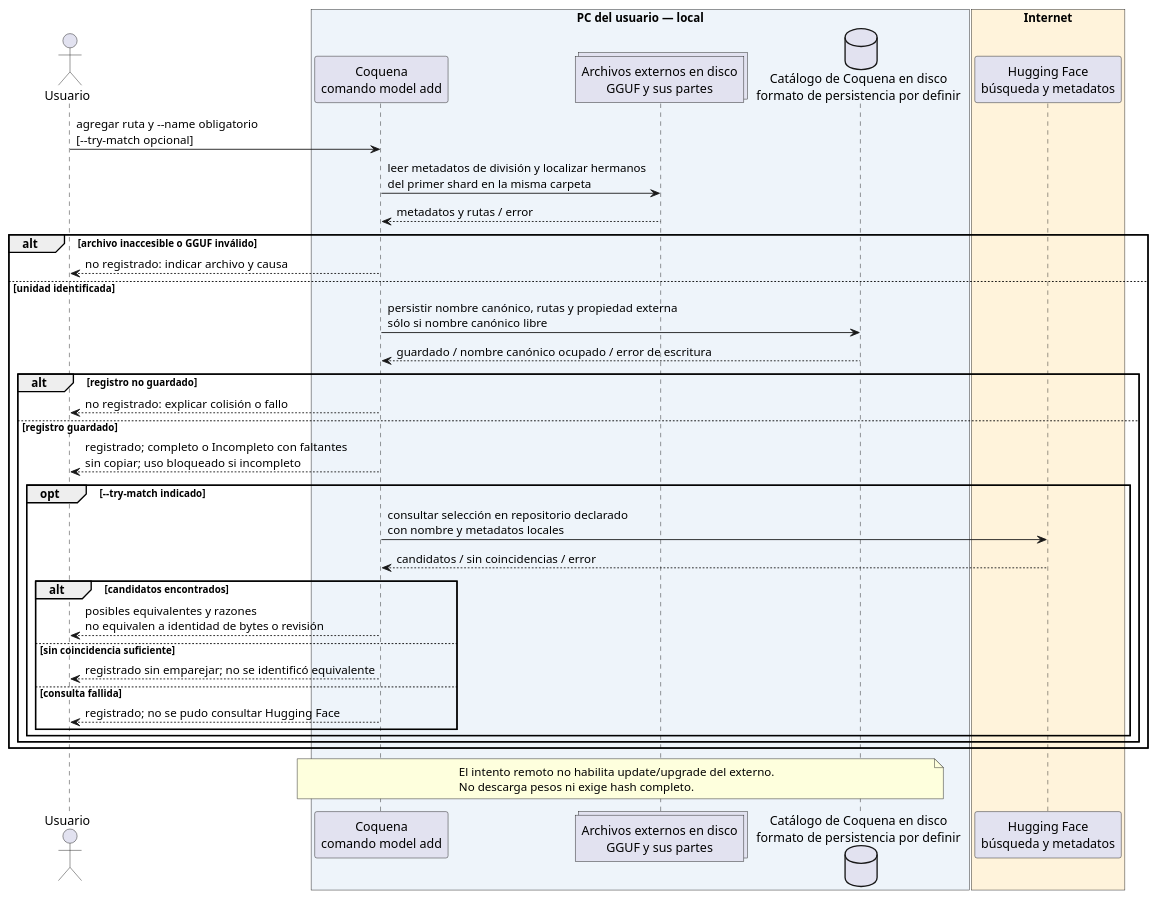
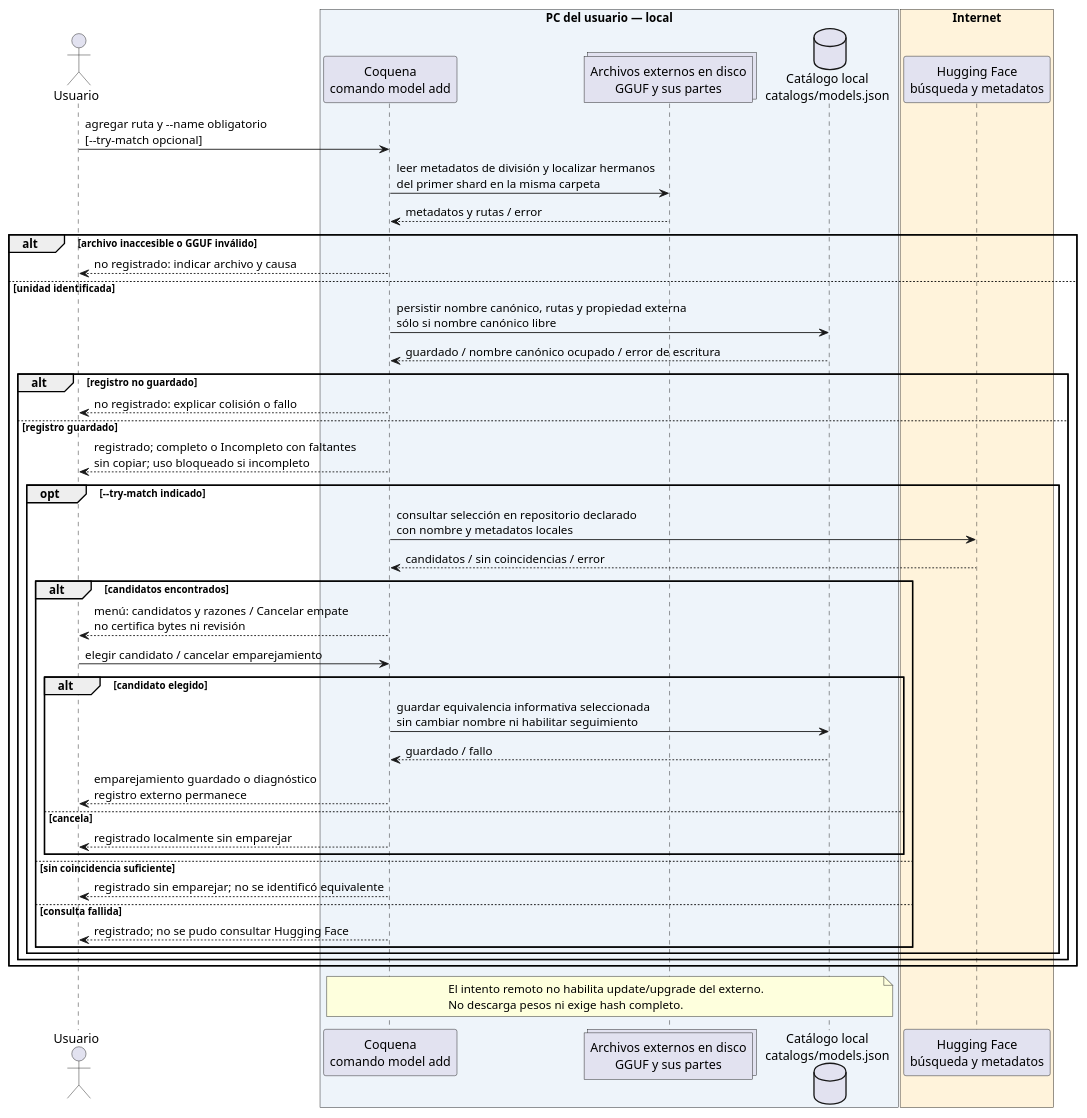
The first of 7 diagrams in docs/secuencias.md (mstranich/coquena), drawn with PlantUML before and after one commit. The commit also changed other lines of this file and 11 other files, not shown here.

````diff
--- a/docs/secuencias.md
+++ b/docs/secuencias.md
@@ -37,42 +37,50 @@
 ```plantuml
 @startuml
 actor Usuario as U
 box "PC del usuario — local" #EEF4FA
 participant "Coquena\ncomando model add" as C
 collections "Archivos externos en disco\nGGUF y sus partes" as F
-database "Catálogo de Coquena en disco\nformato de persistencia por definir" as I
+database "Catálogo local\ncatalogs/models.json" as I
 end box
 box "Internet" #FFF3DB
 participant "Hugging Face\nbúsqueda y metadatos" as HF
 end box
 U -> C : agregar ruta y --name obligatorio\n[--try-match opcional]
 C -> F : leer metadatos de división y localizar hermanos\ndel primer shard en la misma carpeta
 F --> C : metadatos y rutas / error
 alt archivo inaccesible o GGUF inválido
   C --> U : no registrado: indicar archivo y causa
 else unidad identificada
   C -> I : persistir nombre canónico, rutas y propiedad externa\nsólo si nombre canónico libre
   I --> C : guardado / nombre canónico ocupado / error de escritura
   alt registro no guardado
     C --> U : no registrado: explicar colisión o fallo
   else registro guardado
     C --> U : registrado; completo o Incompleto con faltantes\nsin copiar; uso bloqueado si incompleto
     opt --try-match indicado
       C -> HF : consultar selección en repositorio declarado\ncon nombre y metadatos locales
     HF --> C : candidatos / sin coincidencias / error
     alt candidatos encontrados
-      C --> U : posibles equivalentes y razones\nno equivalen a identidad de bytes o revisión
+      C --> U : menú: candidatos y razones / Cancelar empate\nno certifica bytes ni revisión
+      U -> C : elegir candidato / cancelar emparejamiento
+      alt candidato elegido
+        C -> I : guardar equivalencia informativa seleccionada\nsin cambiar nombre ni habilitar seguimiento
+        I --> C : guardado / fallo
+        C --> U : emparejamiento guardado o diagnóstico\nregistro externo permanece
+      else cancela
+        C --> U : registrado localmente sin emparejar
+      end
     else sin coincidencia suficiente
       C --> U : registrado sin emparejar; no se identificó equivalente
     else consulta fallida
       C --> U : registrado; no se pudo consultar Hugging Face
     end
     end
   end
 end
 note over C,I
   El intento remoto no habilita update/upgrade del externo.
   No descarga pesos ni exige hash completo.
 end note
 @enduml
 ```
````
